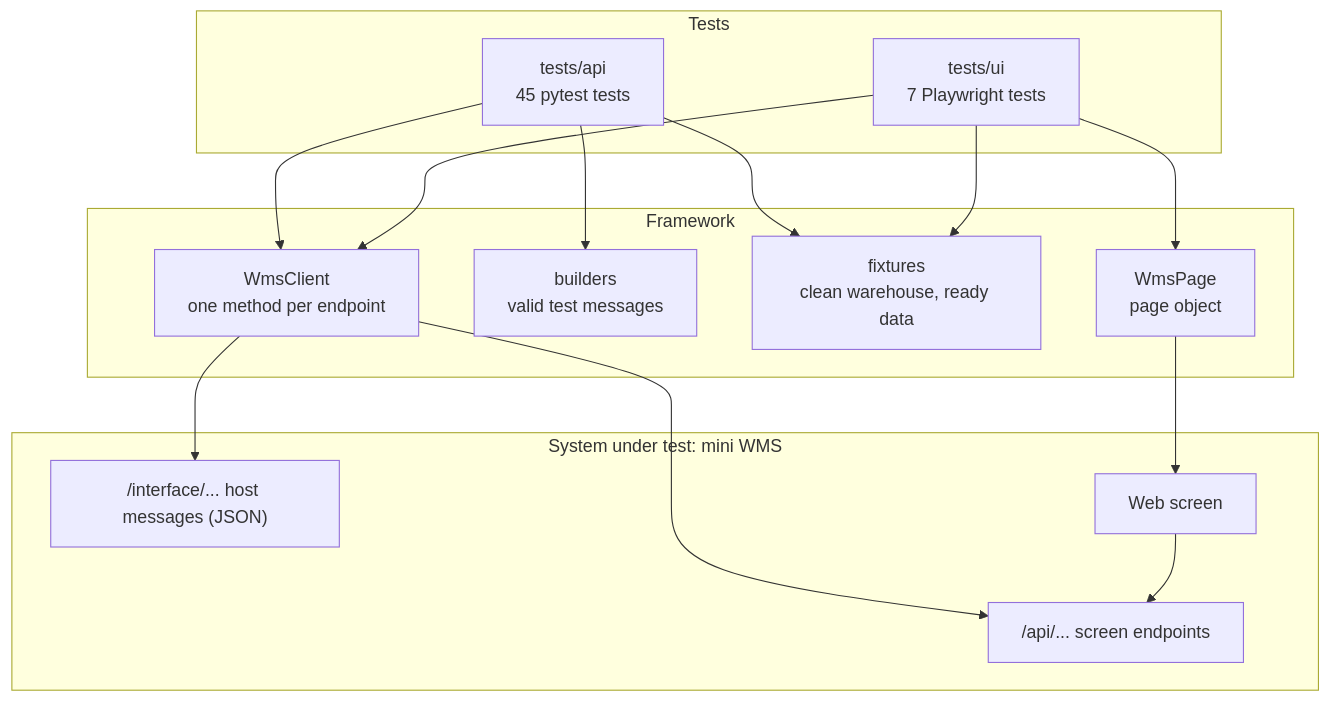
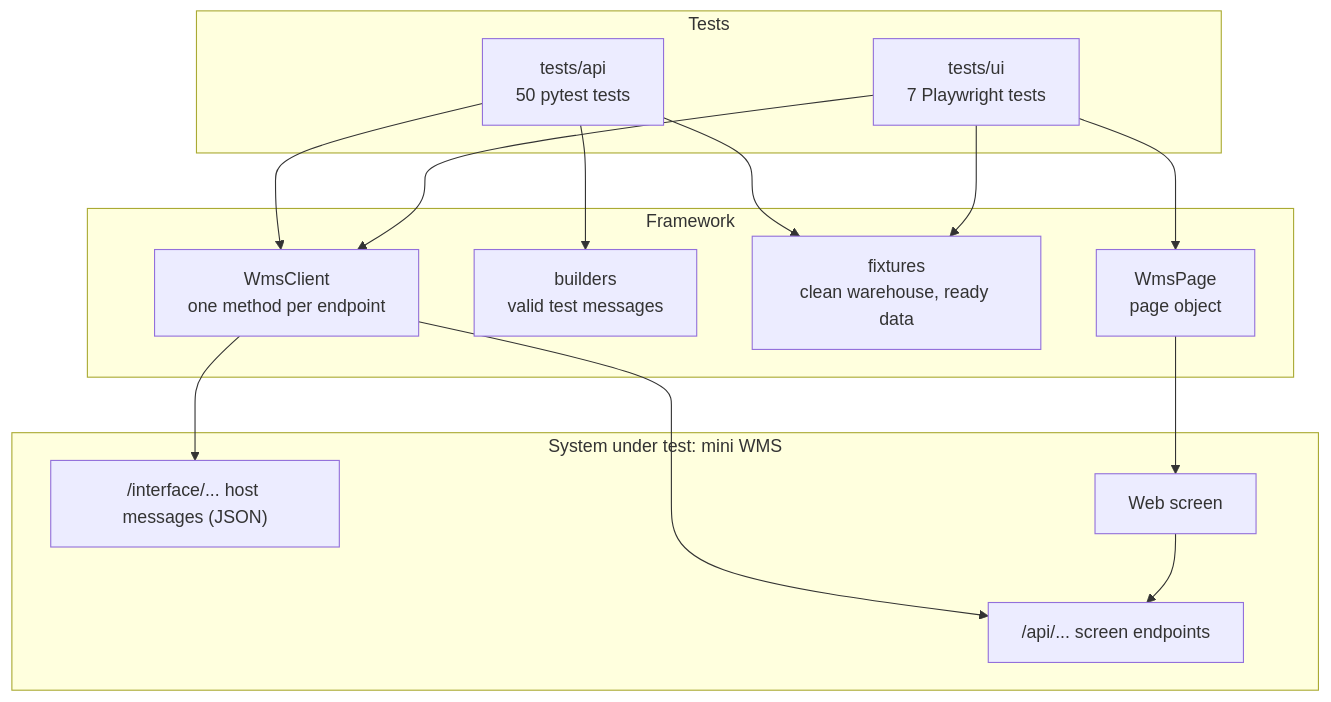
Before and after one commit to Younus98/warehouse-automation-qa: the second of 3 diagrams in README.md, drawn with Mermaid. The commit also changed other lines of this file, not shown here.

First line of the commit message:
README: 57 tests, order priority feature and how it was built with the agents

````diff
--- a/README.md
+++ b/README.md
@@ -66,22 +66,22 @@
 ```mermaid
 flowchart TB
     subgraph Tests
-        API[tests/api<br/>45 pytest tests]
+        API[tests/api<br/>50 pytest tests]
         UI[tests/ui<br/>7 Playwright tests]
     end
     subgraph Framework
         C[WmsClient<br/>one method per endpoint]
         B[builders<br/>valid test messages]
         F[fixtures<br/>clean warehouse, ready data]
         P[WmsPage<br/>page object]
     end
     subgraph SUT[System under test: mini WMS]
         IF["/interface/... host messages (JSON)"]
         SC["/api/... screen endpoints"]
         WEB[Web screen]
     end
     API --> C & B & F
     UI --> P & C & F
     C --> IF & SC
     P --> WEB --> SC
 ```
````
